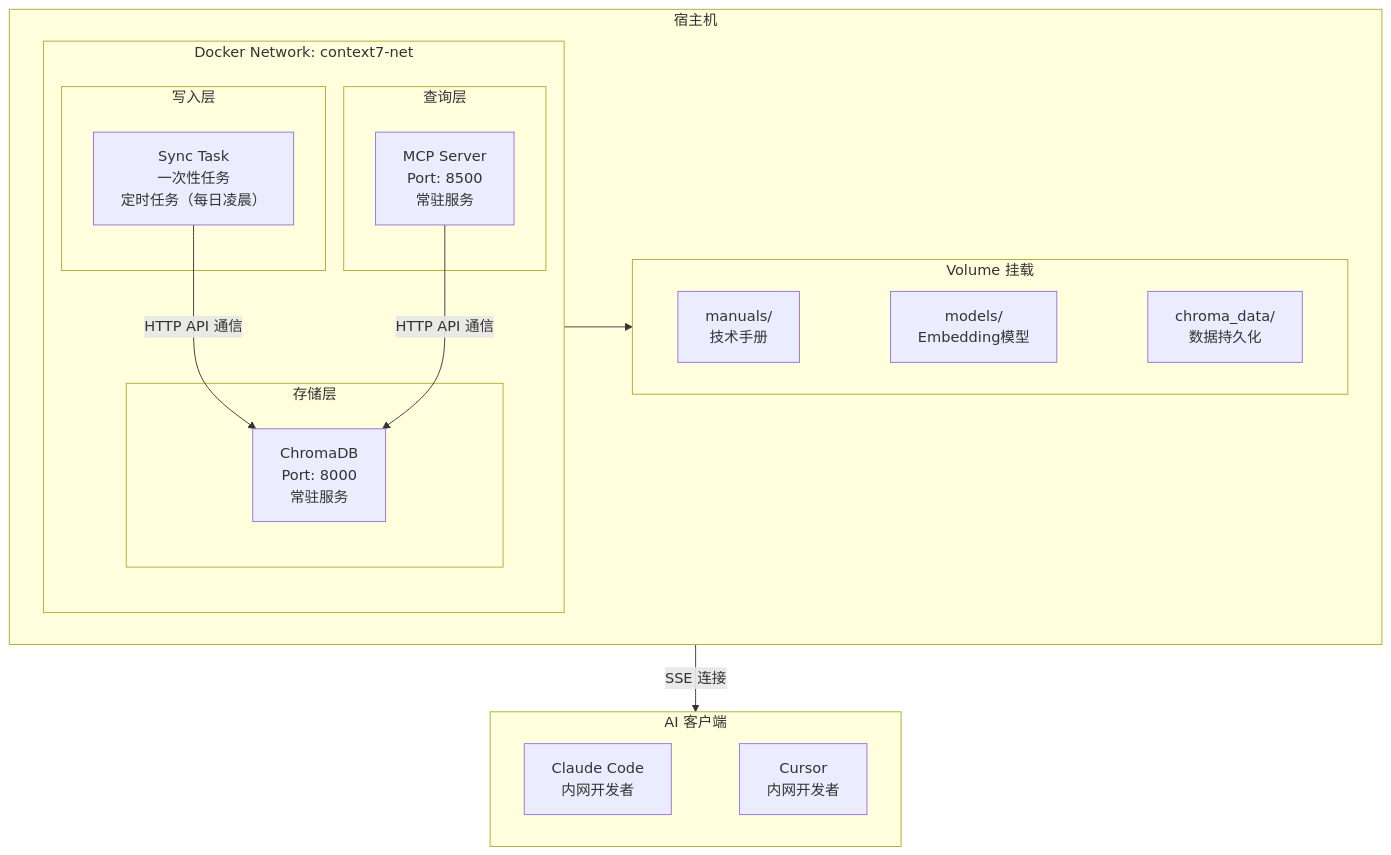
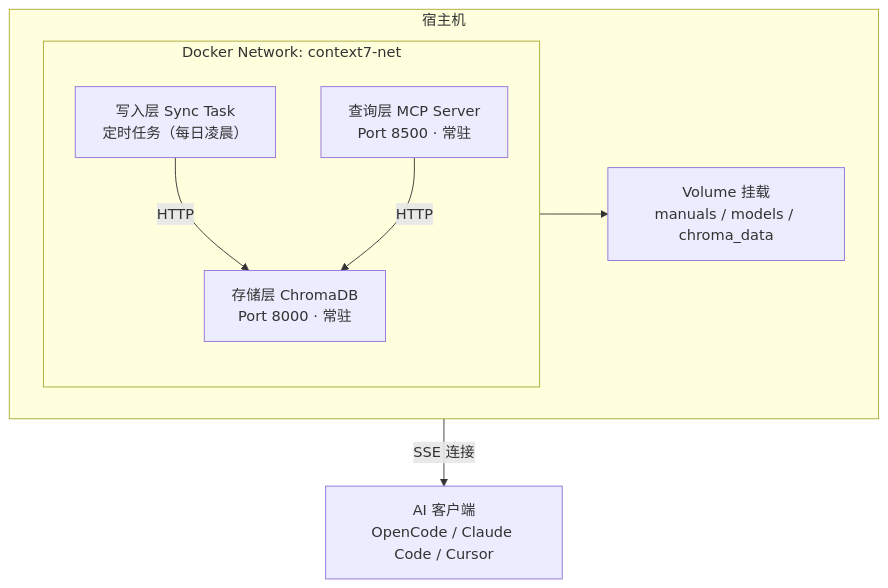
Before and after one commit to wonglaitung/splan: the ninth of 11 diagrams in 6. 银行研发智能助手技术说明书.md, drawn with Mermaid. The commit also changed other lines of this file, not shown here.

````diff
--- a/6. 银行研发智能助手技术说明书.md
+++ b/6. 银行研发智能助手技术说明书.md
@@ -426,33 +425,14 @@
 ```mermaid
 flowchart TB
     subgraph HOST["宿主机"]
         subgraph NET["Docker Network: context7-net"]
-            subgraph STORE["存储层"]
-                S["ChromaDB<br/>Port: 8000<br/>常驻服务"]
-            end
-            subgraph WRITE["写入层"]
-                W["Sync Task<br/>一次性任务<br/>定时任务（每日凌晨）"]
-            end
-            subgraph QUERY["查询层"]
-                Q["MCP Server<br/>Port: 8500<br/>常驻服务"]
-            end
-            W -->|HTTP API 通信| S
-            Q -->|HTTP API 通信| S
+            STORE["存储层 ChromaDB<br/>Port 8000 · 常驻"]
+            WRITE["写入层 Sync Task<br/>定时任务（每日凌晨）"]
+            QUERY["查询层 MCP Server<br/>Port 8500 · 常驻"]
+            WRITE -->|HTTP| STORE
+            QUERY -->|HTTP| STORE
         end
-        subgraph VOL["Volume 挂载"]
-            direction LR
-            V1["manuals/<br/>技术手册"]
-            V2["models/<br/>Embedding模型"]
-            V3["chroma_data/<br/>数据持久化"]
-            V1 ~~~ V2 ~~~ V3
-        end
-        NET --> VOL
+        NET --> VOL["Volume 挂载<br/>manuals / models / chroma_data"]
     end
-    HOST -->|SSE 连接| CLIENTS
-    subgraph CLIENTS["AI 客户端"]
-        direction LR
-        CL1["Claude Code<br/>内网开发者"]
-        CL2["Cursor<br/>内网开发者"]
-        CL1 ~~~ CL2
-    end
+    HOST -->|SSE 连接| CLIENTS["AI 客户端<br/>OpenCode / Claude Code / Cursor"]
 ```
````
